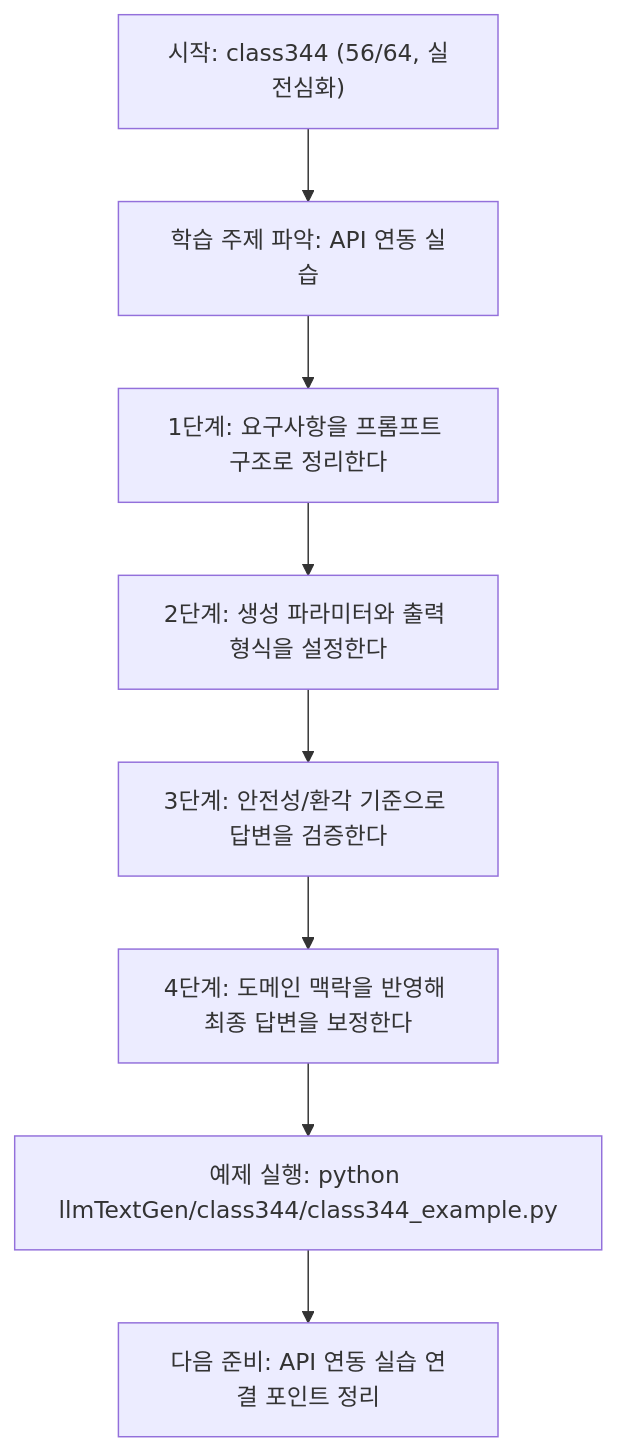
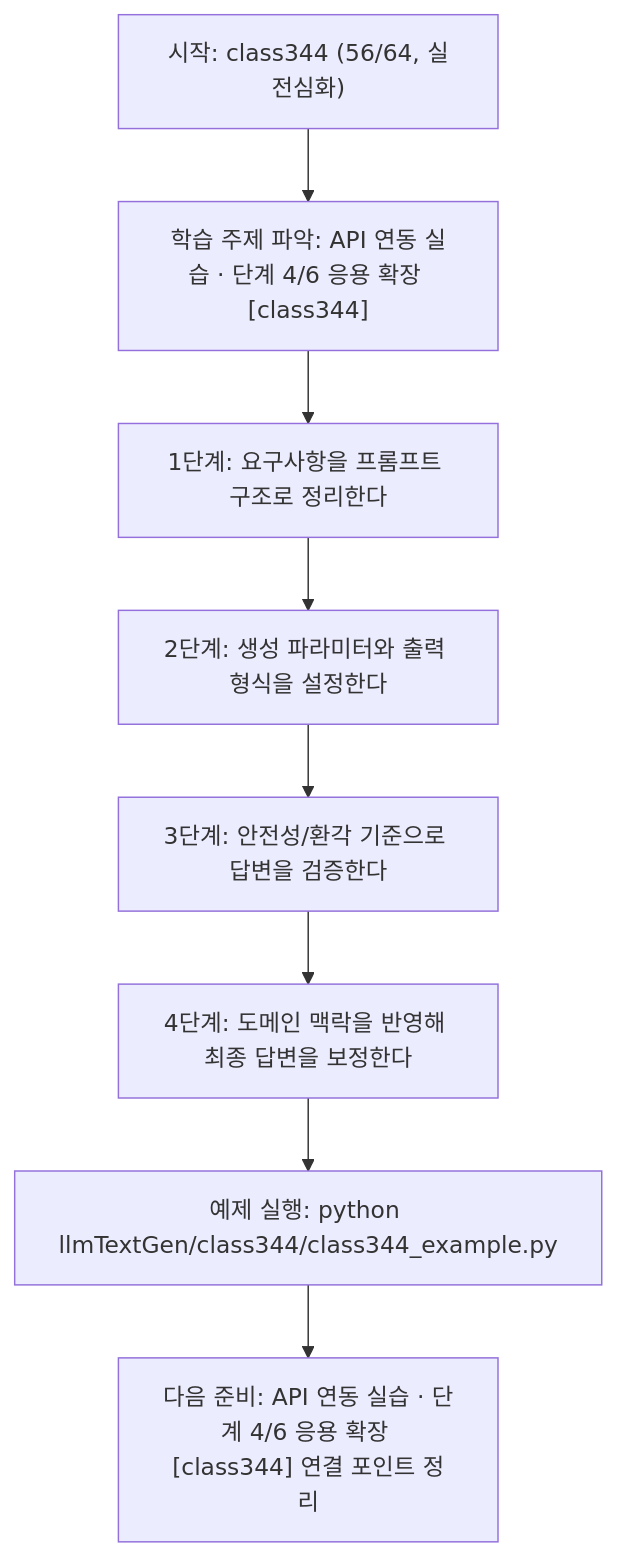
Before and after one commit to edumgt/Python-AI_Agent-Class: the diagram in llmTextGen/class344/class344.md, drawn with Mermaid. The commit also changed other lines of this file and 522 other files, not shown here.

````diff
--- a/llmTextGen/class344/class344.md
+++ b/llmTextGen/class344/class344.md
@@ -113,18 +114,18 @@
 ```mermaid
 flowchart TD
 N1["시작: class344 (56/64, 실전심화)"]
-N2["학습 주제 파악: API 연동 실습"]
+N2["학습 주제 파악: API 연동 실습 · 단계 4/6 응용 확장 [class344]"]
 N3["1단계: 요구사항을 프롬프트 구조로 정리한다"]
 N4["2단계: 생성 파라미터와 출력 형식을 설정한다"]
 N5["3단계: 안전성/환각 기준으로 답변을 검증한다"]
 N6["4단계: 도메인 맥락을 반영해 최종 답변을 보정한다"]
 N7["예제 실행: python llmTextGen/class344/class344_example.py"]
-N8["다음 준비: API 연동 실습 연결 포인트 정리"]
+N8["다음 준비: API 연동 실습 · 단계 4/6 응용 확장 [class344] 연결 포인트 정리"]
 N1 --> N2
 N2 --> N3
 N3 --> N4
 N4 --> N5
 N5 --> N6
 N6 --> N7
 N7 --> N8
 ```
````
